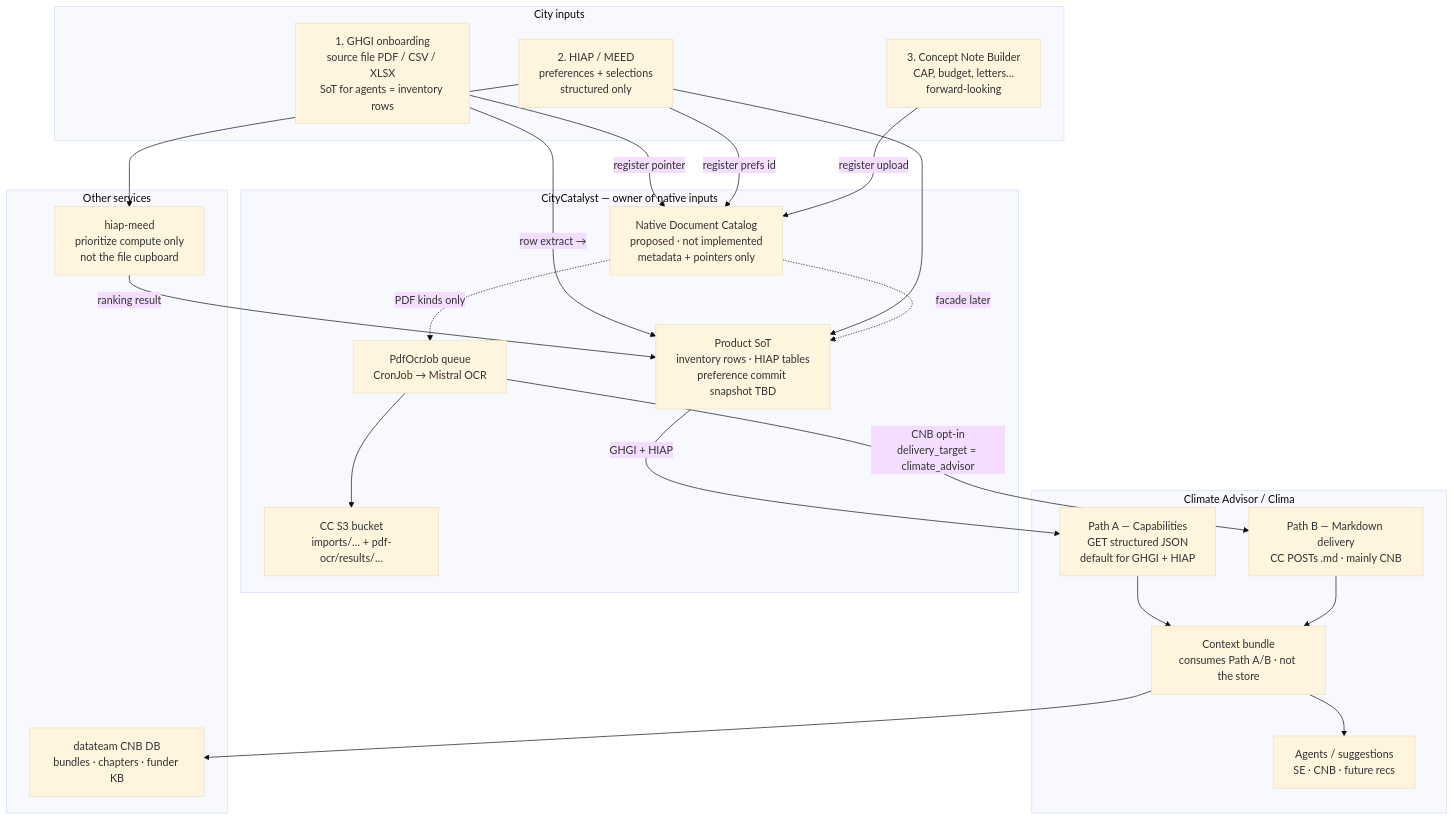
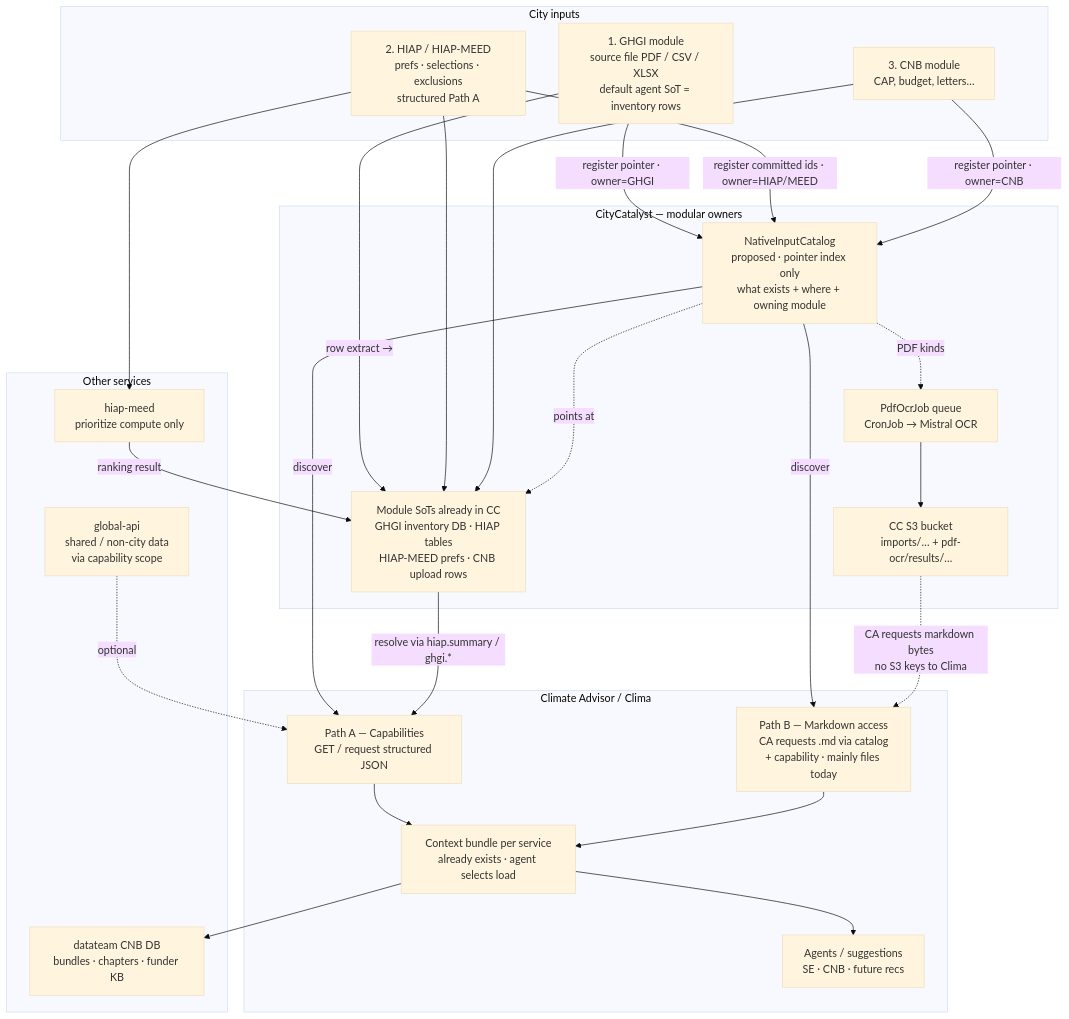
One commit to Open-Earth-Foundation/CityCatalyst changed the first of 3 diagrams in docs/NativeDocumentStorageArchitecture.md. Above: the diagram before and after it, drawn with Mermaid (base theme). The commit also changed other lines of this file, not shown here.

Commit message:
docs(CC-553): align architecture with Mirco PR review feedback

````diff
--- a/docs/NativeDocumentStorageArchitecture.md
+++ b/docs/NativeDocumentStorageArchitecture.md
@@ -41,48 +41,53 @@
 ```mermaid
 flowchart TB
   subgraph Intakes["City inputs"]
-    GHGI["1. GHGI onboarding<br/>source file PDF / CSV / XLSX<br/>SoT for agents = inventory rows"]
-    HIAP["2. HIAP / MEED<br/>preferences + selections<br/>structured only"]
-    CNB["3. Concept Note Builder<br/>CAP, budget, letters…<br/>forward-looking"]
+    GHGI["1. GHGI module<br/>source file PDF / CSV / XLSX<br/>default agent SoT = inventory rows"]
+    HIAP["2. HIAP / HIAP-MEED<br/>prefs · selections · exclusions<br/>structured Path A"]
+    CNB["3. CNB module<br/>CAP, budget, letters…"]
   end
 
-  subgraph CC["CityCatalyst — owner of native inputs"]
-    Catalog["Native Document Catalog<br/>proposed · not implemented<br/>metadata + pointers only"]
+  subgraph CC["CityCatalyst — modular owners"]
+    Catalog["NativeInputCatalog<br/>proposed · pointer index only<br/>what exists + where + owning module"]
     S3["CC S3 bucket<br/>imports/… + pdf-ocr/results/…"]
     OCR["PdfOcrJob queue<br/>CronJob → Mistral OCR"]
-    Prod["Product SoT<br/>inventory rows · HIAP tables<br/>preference commit snapshot TBD"]
+    Prod["Module SoTs already in CC<br/>GHGI inventory DB · HIAP tables<br/>HIAP-MEED prefs · CNB upload rows"]
   end
 
   subgraph Other["Other services"]
-    MEED["hiap-meed<br/>prioritize compute only<br/>not the file cupboard"]
+    MEED["hiap-meed<br/>prioritize compute only"]
+    GlobalAPI["global-api<br/>shared / non-city data<br/>via capability scope"]
     CNBDB["datateam CNB DB<br/>bundles · chapters · funder KB"]
   end
 
   subgraph CA["Climate Advisor / Clima"]
-    PathA["Path A — Capabilities<br/>GET structured JSON<br/>default for GHGI + HIAP"]
-    PathB["Path B — Markdown delivery<br/>CC POSTs .md · mainly CNB"]
-    Bundle["Context bundle<br/>consumes Path A/B · not the store"]
+    PathA["Path A — Capabilities<br/>GET / request structured JSON"]
+    PathB["Path B — Markdown access<br/>CA requests .md via catalog<br/>+ capability · mainly files today"]
+    Bundle["Context bundle per service<br/>already exists · agent selects load"]
     Agents["Agents / suggestions<br/>SE · CNB · future recs"]
   end
 
-  GHGI -->|"register pointer"| Catalog
-  HIAP -->|"register prefs id"| Catalog
-  CNB -->|"register upload"| Catalog
+  GHGI -->|"register pointer · owner=GHGI"| Catalog
+  HIAP -->|"register committed ids · owner=HIAP/MEED"| Catalog
+  CNB -->|"register pointer · owner=CNB"| Catalog
 
   GHGI -->|"row extract →"| Prod
   HIAP --> Prod
   HIAP --> MEED
   MEED -->|"ranking result"| Prod
+  CNB --> Prod
 
-  Catalog -.->|"facade later"| Prod
-  Catalog -.->|"PDF kinds only"| OCR
+  Catalog -.->|"points at"| Prod
+  Catalog -.->|"PDF kinds"| OCR
   OCR --> S3
 
-  Prod -->|"GHGI + HIAP"| PathA
-  OCR -->|"CNB opt-in<br/>delivery_target = climate_advisor"| PathB
+  Catalog -->|"discover"| PathA
+  Catalog -->|"discover"| PathB
+  Prod -->|"resolve via hiap.summary / ghgi.*"| PathA
+  S3 -.->|"CA requests markdown bytes<br/>no S3 keys to Clima"| PathB
+  GlobalAPI -.->|"optional"| PathA
 
   PathA --> Bundle
   PathB --> Bundle
   Bundle --> CNBDB
   Bundle --> Agents
 ```
````
